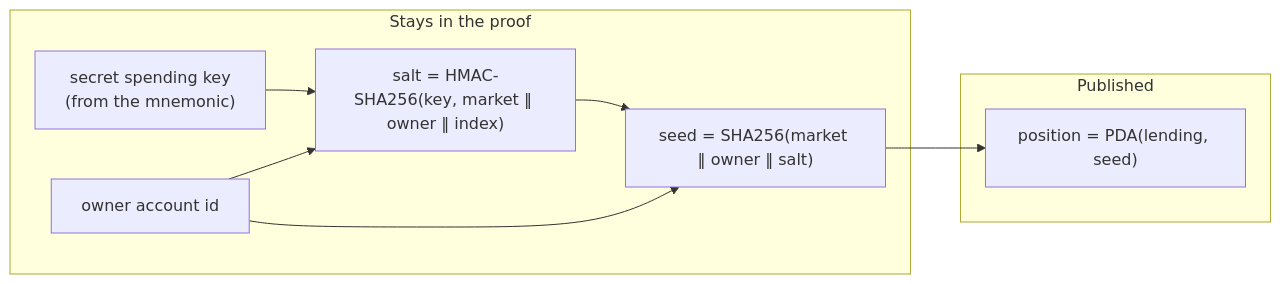
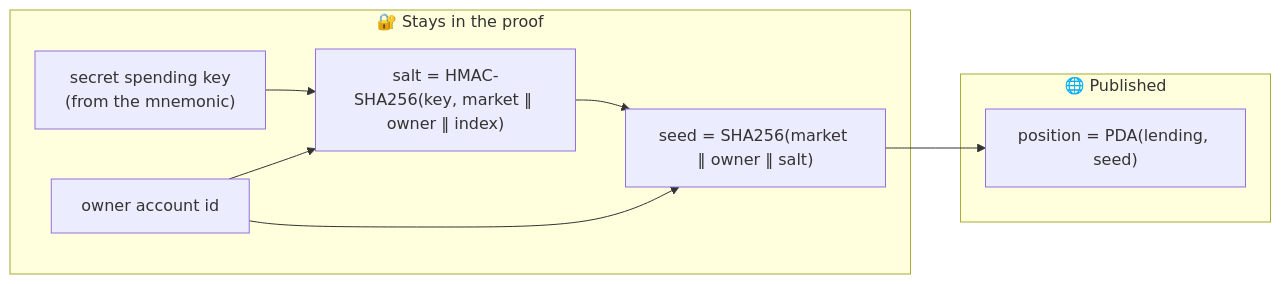
The fourth of 7 diagrams in README.md (merkle-groot/bosphorus), drawn with Mermaid before and after one commit. The commit also changed other lines of this file and 2 other files, not shown here.

````diff
--- a/README.md
+++ b/README.md
@@ -91,17 +208,17 @@
 ```mermaid
 flowchart LR
-    subgraph proof["Stays in the proof"]
+    subgraph proof["🔐 Stays in the proof"]
         sk["secret spending key<br/>(from the mnemonic)"]
         owner["owner account id"]
         salt["salt = HMAC-SHA256(key, market ‖ owner ‖ index)"]
         seed["seed = SHA256(market ‖ owner ‖ salt)"]
     end
-    subgraph chain["Published"]
+    subgraph chain["🌐 Published"]
         pda["position = PDA(lending, seed)"]
     end
     sk --> salt
     owner --> salt
     owner --> seed
     salt --> seed
     seed --> pda
 ```
````
